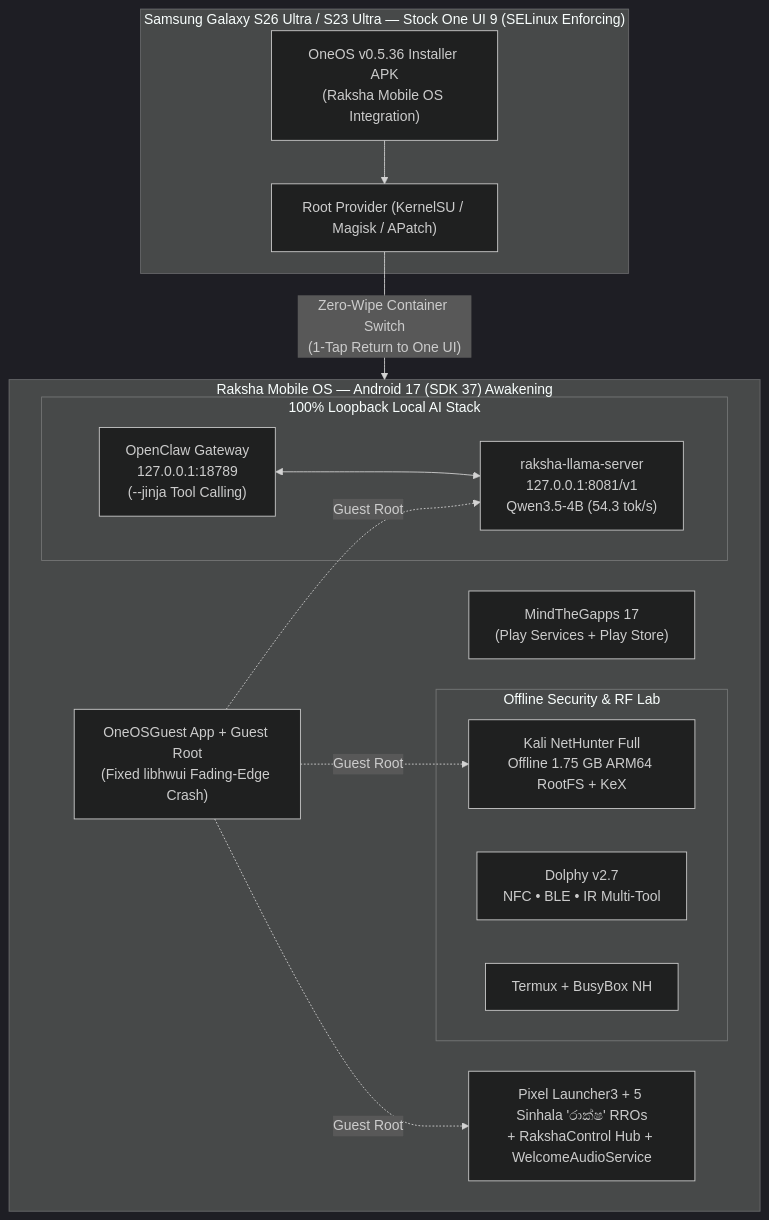
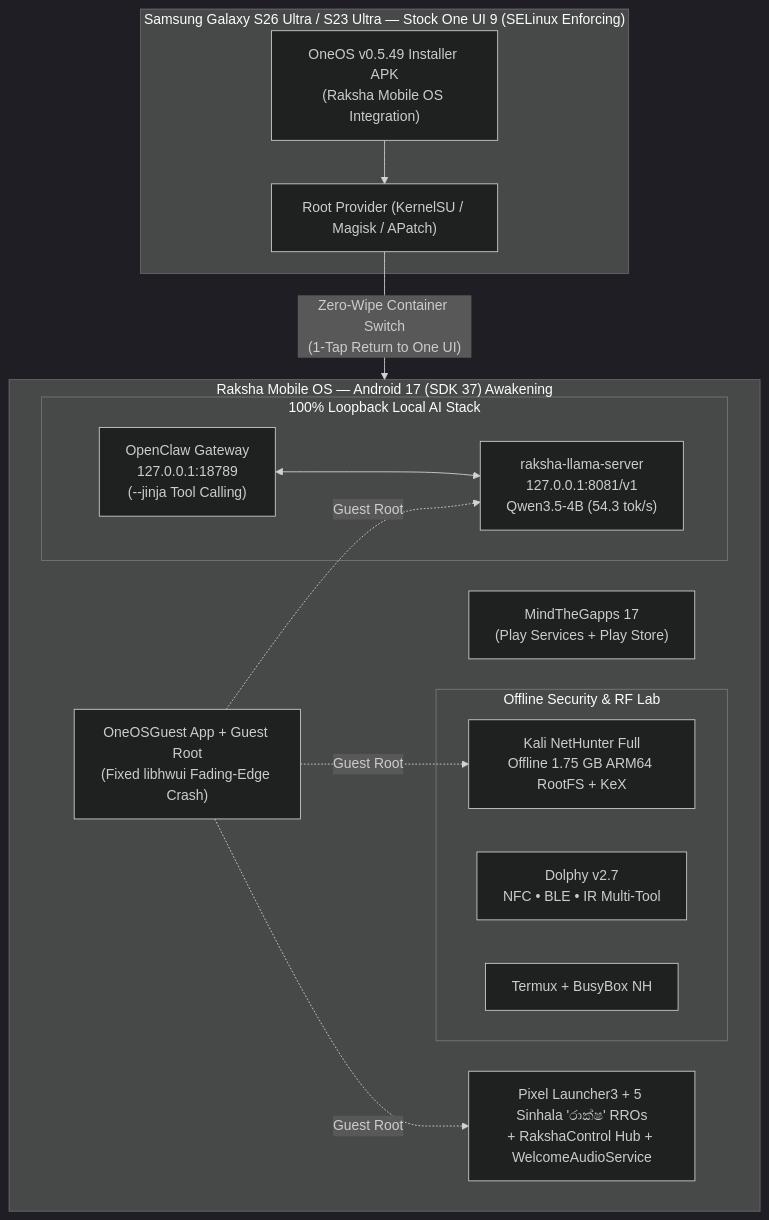
The diagram in README.md (PasanRS/Raksha-Mobile-OS), drawn with Mermaid (dark theme) before and after one commit. The commit also changed other lines of this file and 3 other files, not shown here.

Commit message:
Upgrade OneOS integration to v0.5.49 and add 4-part Release reassembly guide

````diff
--- a/README.md
+++ b/README.md
@@ -54,32 +54,32 @@
 ```mermaid
 flowchart TB
     subgraph HOST["Samsung Galaxy S26 Ultra / S23 Ultra — Stock One UI 9 (SELinux Enforcing)"]
-        OAPP["OneOS v0.5.36 Installer APK\n(Raksha Mobile OS Integration)"]
+        OAPP["OneOS v0.5.49 Installer APK\n(Raksha Mobile OS Integration)"]
         KSU["Root Provider (KernelSU / Magisk / APatch)"]
         OAPP --> KSU
     end
 
     KSU -- "Zero-Wipe Container Switch\n(1-Tap Return to One UI)" --> GUEST
 
     subgraph GUEST["Raksha Mobile OS — Android 17 (SDK 37) Awakening"]
         UI["Pixel Launcher3 + 5 Sinhala 'රාක්ෂ' RROs\n+ RakshaControl Hub + WelcomeAudioService"]
         GMS["MindTheGapps 17\n(Play Services + Play Store)"]
         OG["OneOSGuest App + Guest Root\n(Fixed libhwui Fading-Edge Crash)"]
 
         subgraph AI["100% Loopback Local AI Stack"]
             LLAMA["raksha-llama-server\n127.0.0.1:8081/v1\nQwen3.5-4B (54.3 tok/s)"]
             OC["OpenClaw Gateway\n127.0.0.1:18789\n(--jinja Tool Calling)"]
             OC <--> LLAMA
         end
 
         subgraph SEC["Offline Security & RF Lab"]
             KALI["Kali NetHunter Full\nOffline 1.75 GB ARM64 RootFS + KeX"]
             DOLPHY["Dolphy v2.7\nNFC • BLE • IR Multi-Tool"]
             TERMUX["Termux + BusyBox NH"]
         end
 
         OG -. "Guest Root" .-> LLAMA
         OG -. "Guest Root" .-> KALI
         OG -. "Guest Root" .-> UI
     end
 ```
````
